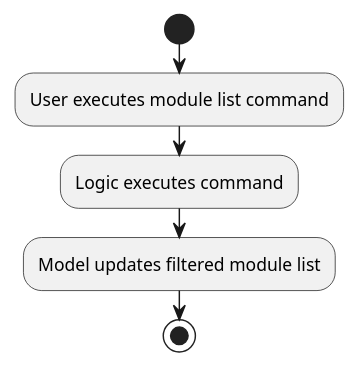
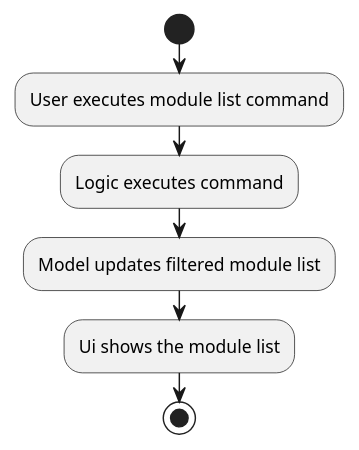
One commit to zixinn/main changed the diagram in docs/diagrams/ModuleListActivityDiagram.puml. Above: the diagram before and after it, drawn with PlantUML. The commit also changed 23 other files, not shown here.

```diff
--- a/docs/diagrams/ModuleListActivityDiagram.puml
+++ b/docs/diagrams/ModuleListActivityDiagram.puml
@@ -1,7 +1,8 @@
 @startuml
 start
 :User executes module list command;
 :Logic executes command;
 :Model updates filtered module list;
+:Ui shows the module list;
 stop
 @enduml
```
